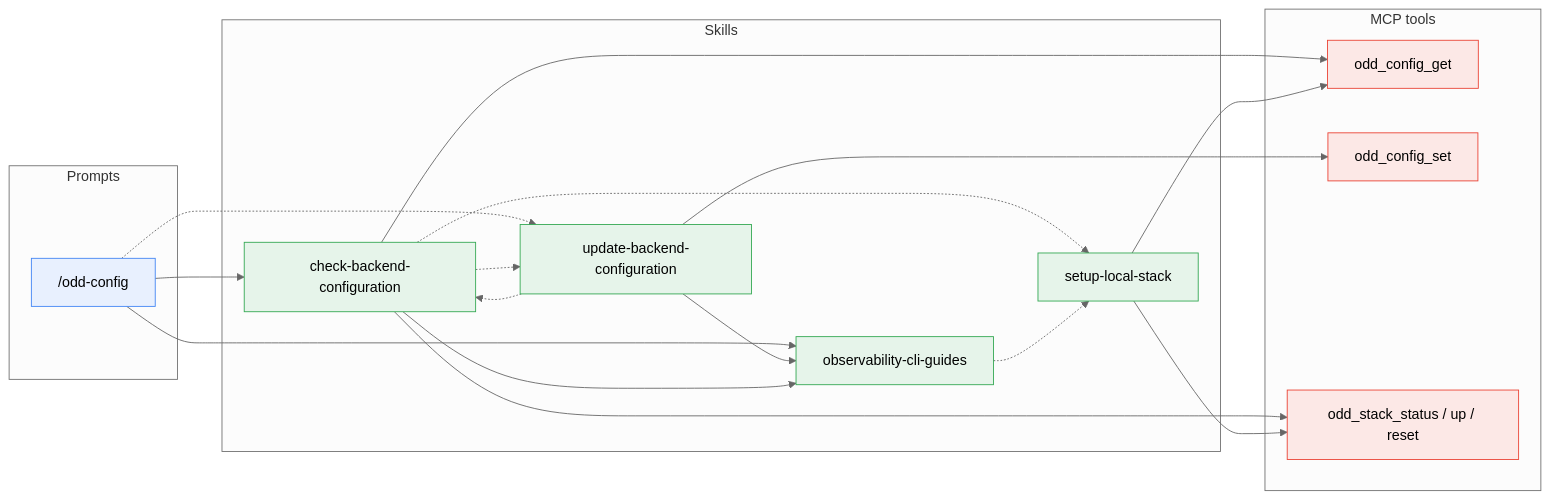
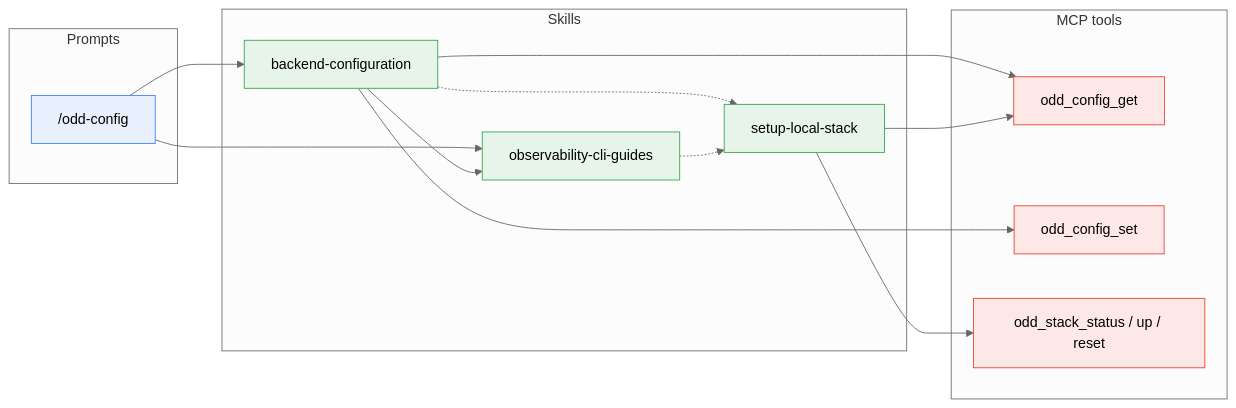
Before and after one commit to using-system/oddyssey: the sixth of 7 diagrams in docs/guide/dependencies.md, drawn with Mermaid (neutral theme). The commit also changed other lines of this file and 14 other files, not shown here.

Commit message:
feat(skill): backend-configuration - one skill for the check and the switch of the configured backend (#318)

````diff
--- a/docs/guide/dependencies.md
+++ b/docs/guide/dependencies.md
@@ -364,43 +358,37 @@
 ```mermaid
 flowchart LR
   subgraph Prompts
     config["/odd-config"]
   end
 
   subgraph Skills
-    cbc[check-backend-configuration]
-    ubc[update-backend-configuration]
+    bc[backend-configuration]
     ocg[observability-cli-guides]
     sls[setup-local-stack]
   end
 
   subgraph MCP["MCP tools"]
     cfgget[odd_config_get]
     cfgset[odd_config_set]
     stack[odd_stack_status / up / reset]
   end
 
-  config --> cbc
-  config -.-> ubc
+  config --> bc
   config --> ocg
 
-  ubc --> ocg
-  ubc --> cfgset
-  ubc -.-> cbc
+  bc --> ocg
+  bc --> cfgset
 
-  cbc -.-> sls
-  cbc -.-> ubc
-  cbc --> ocg
-  cbc --> cfgget
-  cbc --> stack
+  bc -.-> sls
+  bc --> cfgget
   ocg -.-> sls
   sls --> cfgget
   sls --> stack
 
   classDef prompt fill:#e8f0fe,stroke:#4285f4
   classDef skill fill:#e6f4ea,stroke:#34a853
   classDef mcp fill:#fce8e6,stroke:#ea4335
   class config prompt
-  class cbc,ubc,ocg,sls skill
+  class bc,ocg,sls skill
   class cfgget,cfgset,stack mcp
 ```
````
